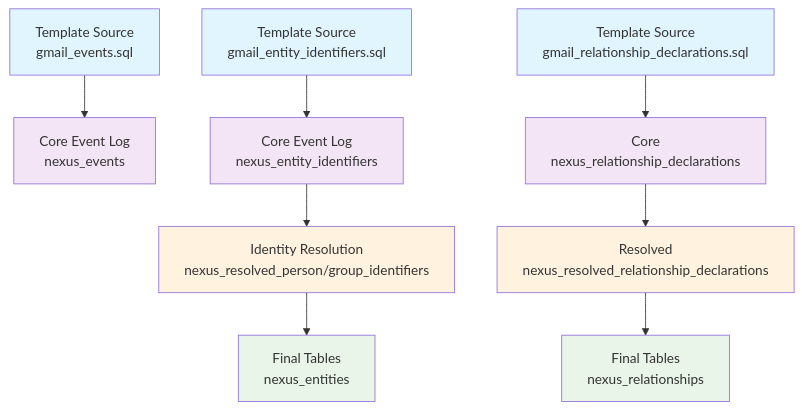
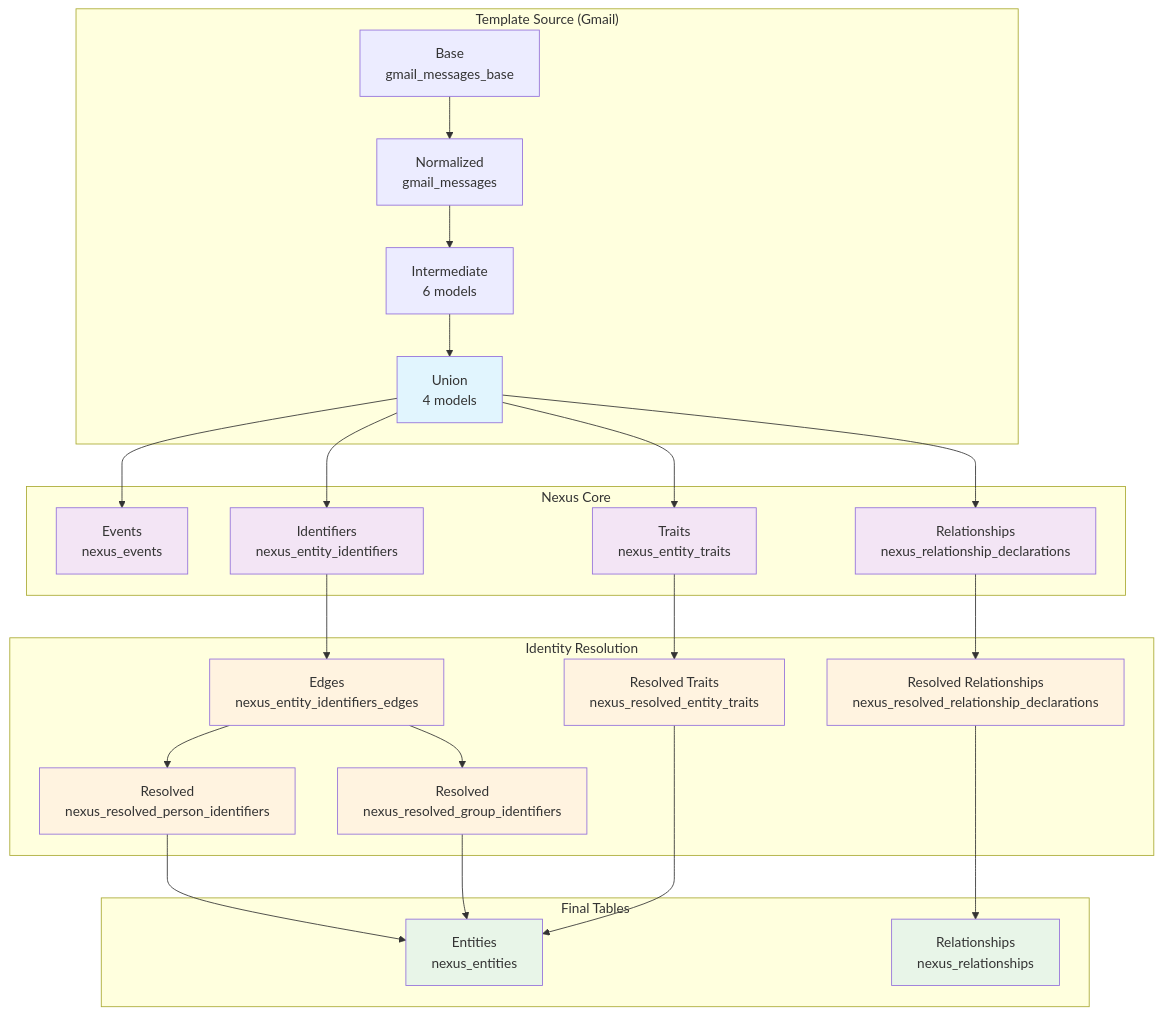
One commit to slide-rule-tech/dbt-nexus changed the diagram in docs/sources/template-sources/index.md. Above: the diagram before and after it, drawn with Mermaid. The commit also changed other lines of this file and 24 other files, not shown here.

````diff
--- a/docs/sources/template-sources/index.md
+++ b/docs/sources/template-sources/index.md
@@ -217,21 +238,57 @@
 ```mermaid
 graph TD
-    A[Template Source<br/>gmail_events.sql] --> B[Core Event Log<br/>nexus_events]
-    C[Template Source<br/>gmail_entity_identifiers.sql] --> D[Core Event Log<br/>nexus_entity_identifiers]
-    D --> E[Identity Resolution<br/>nexus_resolved_person/group_identifiers]
-    E --> F[Final Tables<br/>nexus_entities]
-    G[Template Source<br/>gmail_relationship_declarations.sql] --> H[Core<br/>nexus_relationship_declarations]
-    H --> I[Resolved<br/>nexus_resolved_relationship_declarations]
-    I --> J[Final Tables<br/>nexus_relationships]
+    subgraph Source["Template Source (Gmail)"]
+        A1[Base<br/>gmail_messages_base] --> A2[Normalized<br/>gmail_messages]
+        A2 --> A3[Intermediate<br/>6 models]
+        A3 --> A4[Union<br/>4 models]
+    end
 
-    style A fill:#e1f5fe
-    style C fill:#e1f5fe
-    style G fill:#e1f5fe
-    style B fill:#f3e5f5
-    style D fill:#f3e5f5
-    style H fill:#f3e5f5
-    style E fill:#fff3e0
-    style I fill:#fff3e0
-    style F fill:#e8f5e8
-    style J fill:#e8f5e8
+    subgraph Nexus["Nexus Core"]
+        B1[Events<br/>nexus_events]
+        B2[Identifiers<br/>nexus_entity_identifiers]
+        B3[Traits<br/>nexus_entity_traits]
+        B4[Relationships<br/>nexus_relationship_declarations]
+    end
+
+    subgraph Resolution["Identity Resolution"]
+        C1[Edges<br/>nexus_entity_identifiers_edges]
+        C2[Resolved<br/>nexus_resolved_person_identifiers]
+        C3[Resolved<br/>nexus_resolved_group_identifiers]
+        C4[Resolved Traits<br/>nexus_resolved_entity_traits]
+        C5[Resolved Relationships<br/>nexus_resolved_relationship_declarations]
+    end
+
+    subgraph Final["Final Tables"]
+        D1[Entities<br/>nexus_entities]
+        D2[Relationships<br/>nexus_relationships]
+    end
+
+    A4 --> B1
+    A4 --> B2
+    A4 --> B3
+    A4 --> B4
+
+    B2 --> C1
+    C1 --> C2
+    C1 --> C3
+    B3 --> C4
+    B4 --> C5
+
+    C2 --> D1
+    C3 --> D1
+    C4 --> D1
+    C5 --> D2
+
+    style A4 fill:#e1f5fe
+    style B1 fill:#f3e5f5
+    style B2 fill:#f3e5f5
+    style B3 fill:#f3e5f5
+    style B4 fill:#f3e5f5
+    style C1 fill:#fff3e0
+    style C2 fill:#fff3e0
+    style C3 fill:#fff3e0
+    style C4 fill:#fff3e0
+    style C5 fill:#fff3e0
+    style D1 fill:#e8f5e8
+    style D2 fill:#e8f5e8
 ```
````
